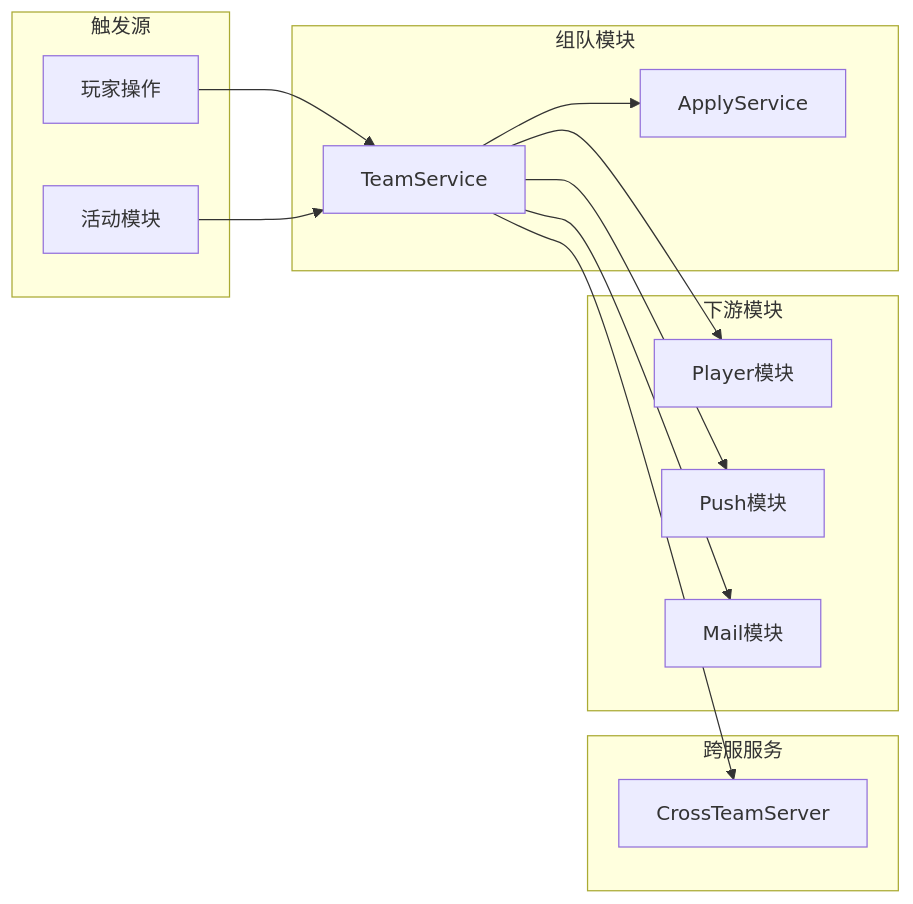
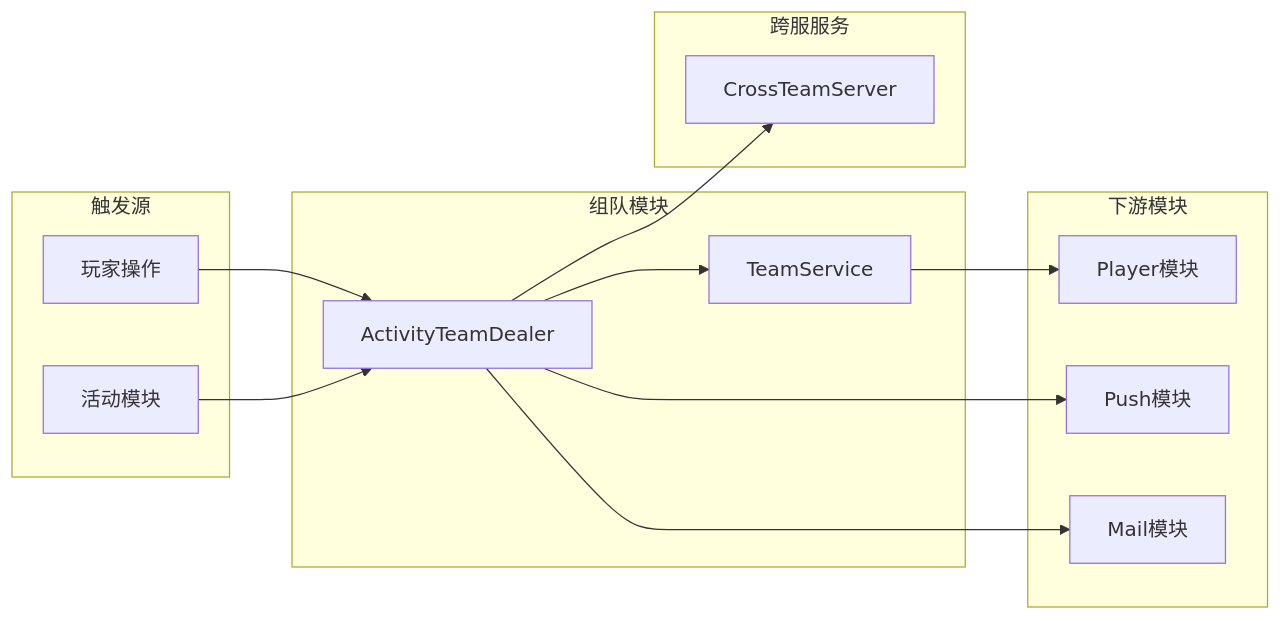
One commit to Alan-Ben/k2c_game_framework changed the sixth of 6 diagrams in docs/Module_ActivityTeam/06_实现细节.md. Above: the diagram before and after it, drawn with Mermaid. The commit also changed other lines of this file and 5 other files, not shown here.

````diff
--- a/docs/Module_ActivityTeam/06_实现细节.md
+++ b/docs/Module_ActivityTeam/06_实现细节.md
@@ -532,32 +569,32 @@
 ```mermaid
 flowchart LR
     subgraph 触发源
         A[玩家操作]
         B[活动模块]
     end
 
     subgraph 组队模块
-        C[TeamService]
-        D[ApplyService]
+        C[ActivityTeamDealer]
+        D[TeamService]
     end
 
     subgraph 跨服服务
         E[CrossTeamServer]
     end
 
     subgraph 下游模块
         F[Player模块]
         G[Push模块]
         H[Mail模块]
     end
 
     A --> C
     B --> C
 
     C --> D
     C --> E
 
-    C --> F
+    D --> F
     C --> G
     C --> H
 ```
````
